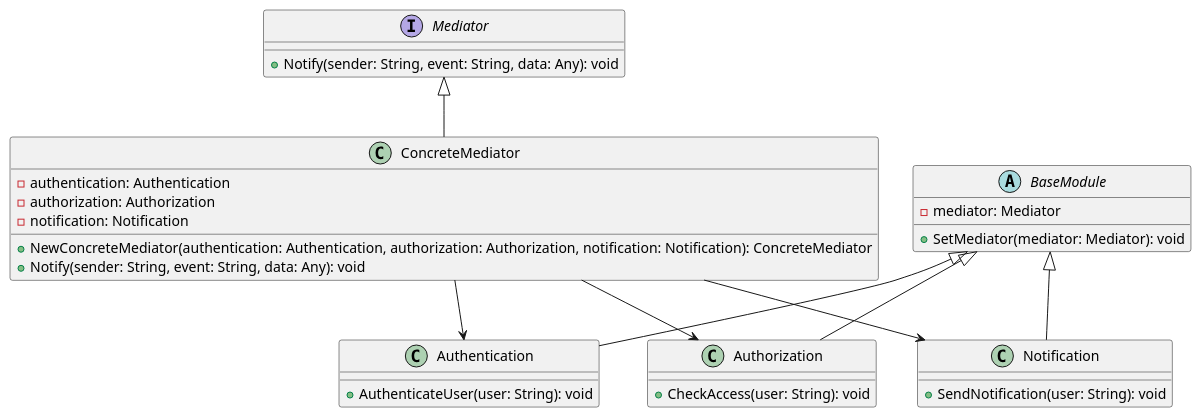
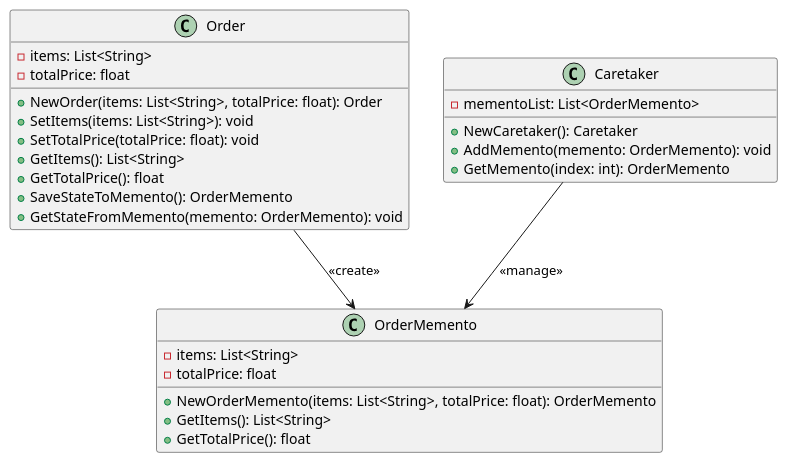
One commit to andrewovchinnikov/design-patterns changed the diagram in klassifikaciya-patternov/povedencheskie-patterny-behavioral-patterns/mnemoniko-memento/primery/sistema-upravleniya-zakazami-v-internet-magazine/go.md. Above: the diagram before and after it, drawn with PlantUML. The commit also changed other lines of this file and 36 other files, not shown here.

````diff
--- a/klassifikaciya-patternov/povedencheskie-patterny-behavioral-patterns/mnemoniko-memento/primery/sistema-upravleniya-zakazami-v-internet-magazine/go.md
+++ b/klassifikaciya-patternov/povedencheskie-patterny-behavioral-patterns/mnemoniko-memento/primery/sistema-upravleniya-zakazami-v-internet-magazine/go.md
@@ -164,40 +140,35 @@
 ```plantuml
 @startuml
-interface Mediator {
-    +Notify(sender: String, event: String, data: Any): void
+
+class Order {
+    -items: List<String>
+    -totalPrice: float
+    +NewOrder(items: List<String>, totalPrice: float): Order
+    +SetItems(items: List<String>): void
+    +SetTotalPrice(totalPrice: float): void
+    +GetItems(): List<String>
+    +GetTotalPrice(): float
+    +SaveStateToMemento(): OrderMemento
+    +GetStateFromMemento(memento: OrderMemento): void
 }
 
-class ConcreteMediator {
-    -authentication: Authentication
-    -authorization: Authorization
-    -notification: Notification
-    +NewConcreteMediator(authentication: Authentication, authorization: Authorization, notification: Notification): ConcreteMediator
-    +Notify(sender: String, event: String, data: Any): void
+class OrderMemento {
+    -items: List<String>
+    -totalPrice: float
+    +NewOrderMemento(items: List<String>, totalPrice: float): OrderMemento
+    +GetItems(): List<String>
+    +GetTotalPrice(): float
 }
 
-abstract class BaseModule {
-    -mediator: Mediator
-    +SetMediator(mediator: Mediator): void
+class Caretaker {
+    -mementoList: List<OrderMemento>
+    +NewCaretaker(): Caretaker
+    +AddMemento(memento: OrderMemento): void
+    +GetMemento(index: int): OrderMemento
 }
 
-class Authentication {
-    +AuthenticateUser(user: String): void
-}
+Order --> OrderMemento: <<create>>
+Caretaker --> OrderMemento: <<manage>>
 
-class Authorization {
-    +CheckAccess(user: String): void
-}
-
-class Notification {
-    +SendNotification(user: String): void
-}
-
-Mediator <|-- ConcreteMediator
-BaseModule <|-- Authentication
-BaseModule <|-- Authorization
-BaseModule <|-- Notification
-ConcreteMediator --> Authentication
-ConcreteMediator --> Authorization
-ConcreteMediator --> Notification
 @enduml
 ```
````
